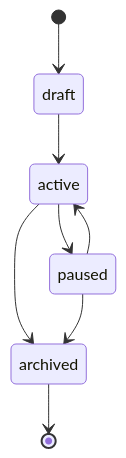
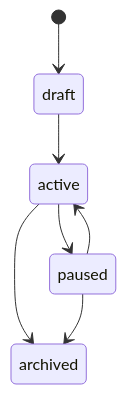
The second of 10 diagrams in docs/domain/LIFECYCLES_AND_STATE_MACHINES.md (pablo-marchina/LMS-estimulo), drawn with Mermaid before and after one commit. The commit also changed other lines of this file and 23 other files, not shown here.

````diff
--- a/docs/domain/LIFECYCLES_AND_STATE_MACHINES.md
+++ b/docs/domain/LIFECYCLES_AND_STATE_MACHINES.md
@@ -47,10 +36,9 @@
 ```mermaid
 stateDiagram-v2
     [*] --> draft
     draft --> active
     active --> paused
     paused --> active
     active --> archived
     paused --> archived
-    archived --> [*]
 ```
````
